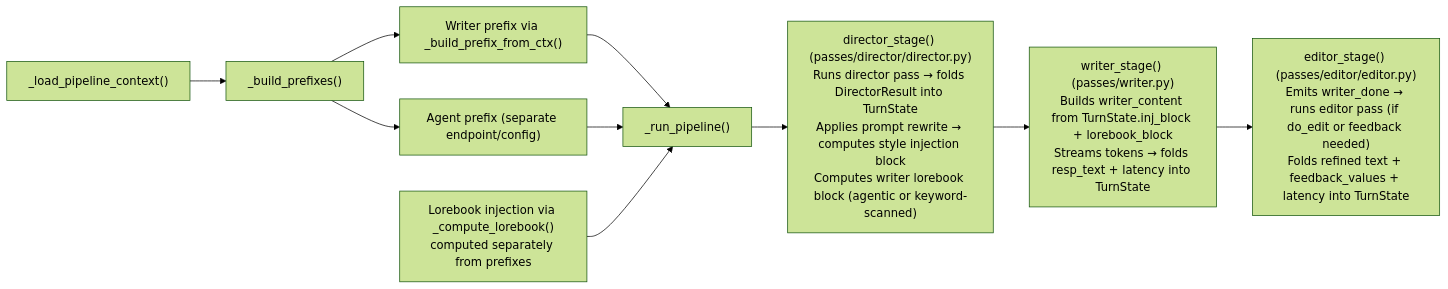
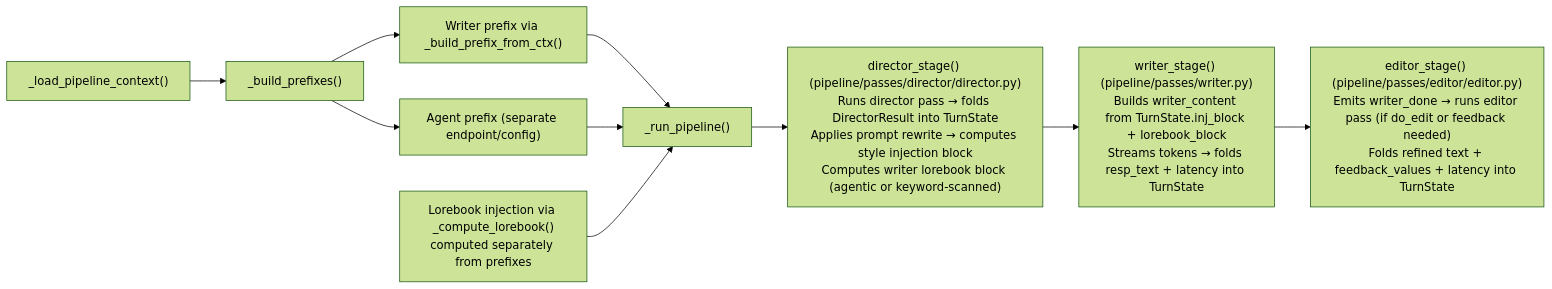
One commit to OrbFrontend/Orb changed the second of 4 diagrams in AGENTS.md. Above: the diagram before and after it, drawn with Mermaid (forest theme). The commit also changed other lines of this file and 18 other files, not shown here.

````diff
--- a/AGENTS.md
+++ b/AGENTS.md
@@ -42,13 +42,13 @@
 ```mermaid
 flowchart LR
     load["_load_pipeline_context()"] --> prefixes["_build_prefixes()"]
     prefixes --> writer_prefix["Writer prefix via _build_prefix_from_ctx()"]
     prefixes --> agent_prefix["Agent prefix (separate endpoint/config)"]
     lorebook["Lorebook injection via _compute_lorebook()<br/>computed separately from prefixes"]
     writer_prefix --> pipeline["_run_pipeline()"]
     agent_prefix --> pipeline
     lorebook --> pipeline
-    pipeline --> dir_stage["director_stage() (passes/director/director.py)<br/>Runs director pass → folds DirectorResult into TurnState<br/>Applies prompt rewrite → computes style injection block<br/>Computes writer lorebook block (agentic or keyword-scanned)"]
-    dir_stage --> writer_stage["writer_stage() (passes/writer.py)<br/>Builds writer_content from TurnState.inj_block + lorebook_block<br/>Streams tokens → folds resp_text + latency into TurnState"]
-    writer_stage --> editor_stage["editor_stage() (passes/editor/editor.py)<br/>Emits writer_done → runs editor pass (if do_edit or feedback needed)<br/>Folds refined text + feedback_values + latency into TurnState"]
+    pipeline --> dir_stage["director_stage() (pipeline/passes/director/director.py)<br/>Runs director pass → folds DirectorResult into TurnState<br/>Applies prompt rewrite → computes style injection block<br/>Computes writer lorebook block (agentic or keyword-scanned)"]
+    dir_stage --> writer_stage["writer_stage() (pipeline/passes/writer.py)<br/>Builds writer_content from TurnState.inj_block + lorebook_block<br/>Streams tokens → folds resp_text + latency into TurnState"]
+    writer_stage --> editor_stage["editor_stage() (pipeline/passes/editor/editor.py)<br/>Emits writer_done → runs editor pass (if do_edit or feedback needed)<br/>Folds refined text + feedback_values + latency into TurnState"]
 ```
````
